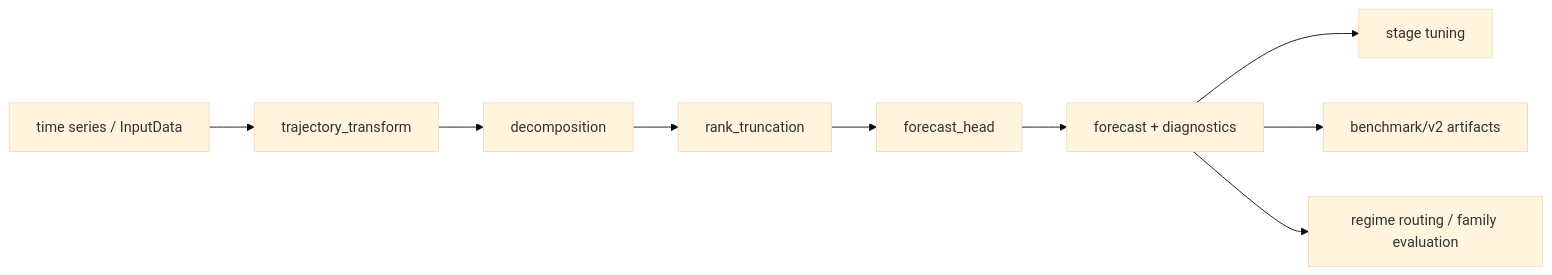
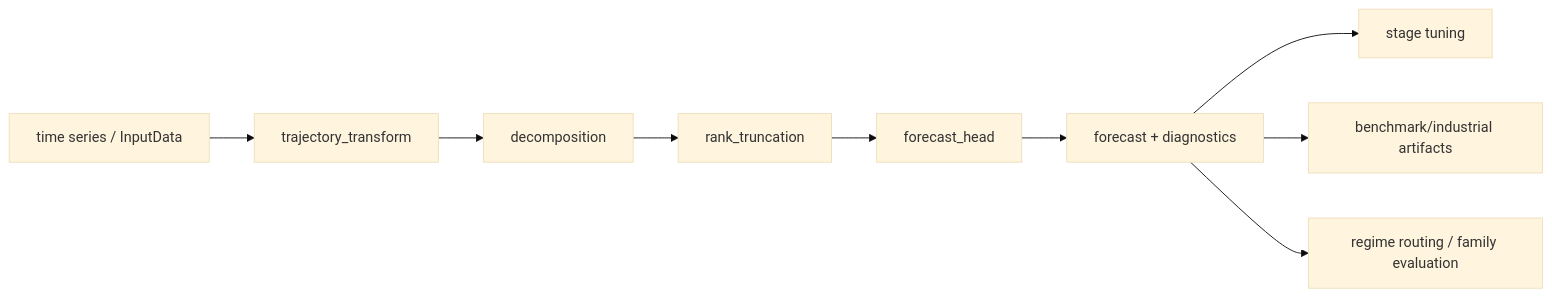
Before and after one commit to aimclub/Fedot.Industrial: the first of 2 diagrams in docs/release_summary/forecasting_prerelease_270426/1.Онбординг для разработчиков новых релизов.md, drawn with Mermaid (base theme). The commit also changed other lines of this file and 46 other files, not shown here.

````diff
--- a/docs/release_summary/forecasting_prerelease_270426/1.Онбординг для разработчиков новых релизов.md
+++ b/docs/release_summary/forecasting_prerelease_270426/1.Онбординг для разработчиков новых релизов.md
@@ -45,11 +45,11 @@
 ```mermaid
 flowchart LR
     A["time series / InputData"] --> B["trajectory_transform"]
     B --> C["decomposition"]
     C --> D["rank_truncation"]
     D --> E["forecast_head"]
     E --> F["forecast + diagnostics"]
     F --> G["stage tuning"]
-    F --> H["benchmark/v2 artifacts"]
+    F --> H["benchmark/industrial artifacts"]
     F --> I["regime routing / family evaluation"]
 ```
````
